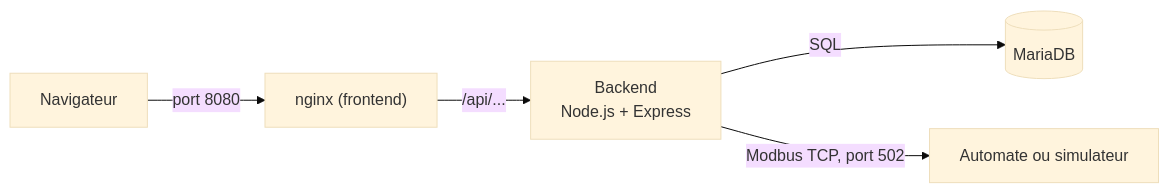
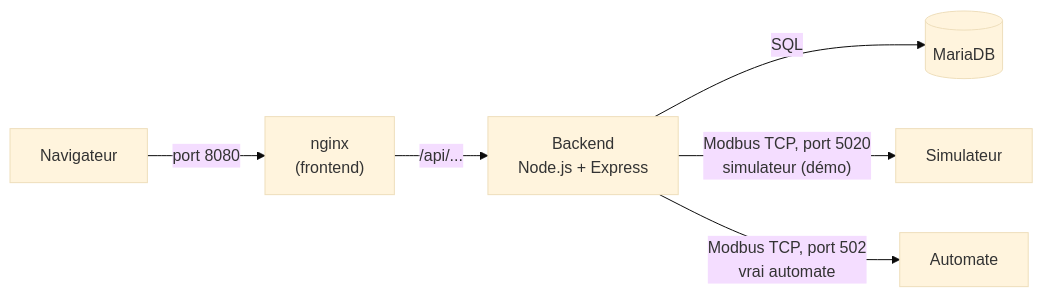
Before and after one commit to TiTooom/TP_SI_2027_Outil_Industriel: the diagram in README.md, drawn with Mermaid (base theme). The commit also changed other lines of this file and 28 other files, not shown here.

````diff
--- a/README.md
+++ b/README.md
@@ -106,7 +106,8 @@
 ```mermaid
 flowchart LR
-    NAV["Navigateur"] -->|"port 8080"| NGX["nginx (frontend)"]
+    NAV["Navigateur"] -->|"port 8080"| NGX["nginx<br/>(frontend)"]
     NGX -->|"/api/..."| API["Backend<br/>Node.js + Express"]
     API -->|"SQL"| DB[("MariaDB")]
-    API -->|"Modbus TCP, port 502"| PLC["Automate ou simulateur"]
+    API -->|"Modbus TCP, port 5020<br/>simulateur (démo)"| SIM["Simulateur"]
+    API -->|"Modbus TCP, port 502<br/>vrai automate"| PLC["Automate"]
 ```
````
